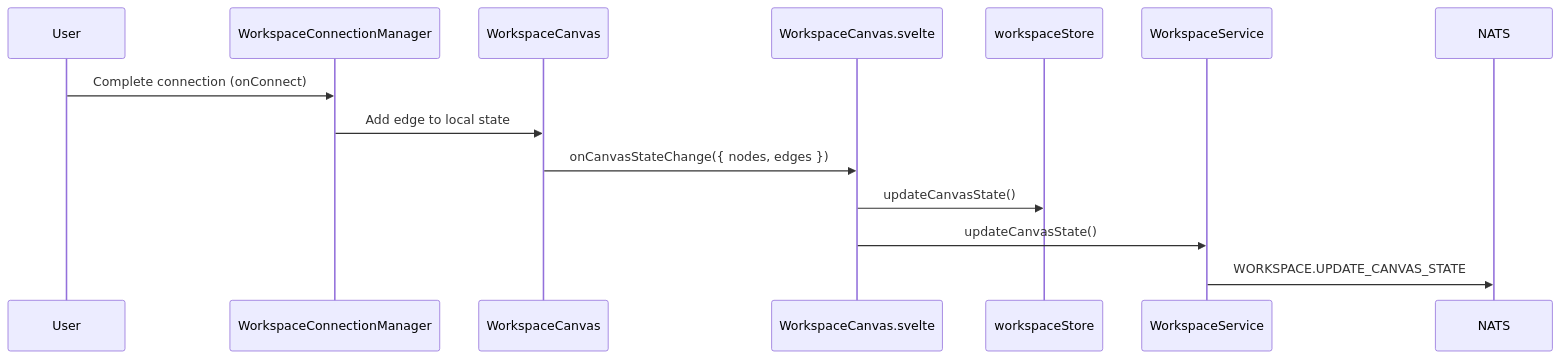
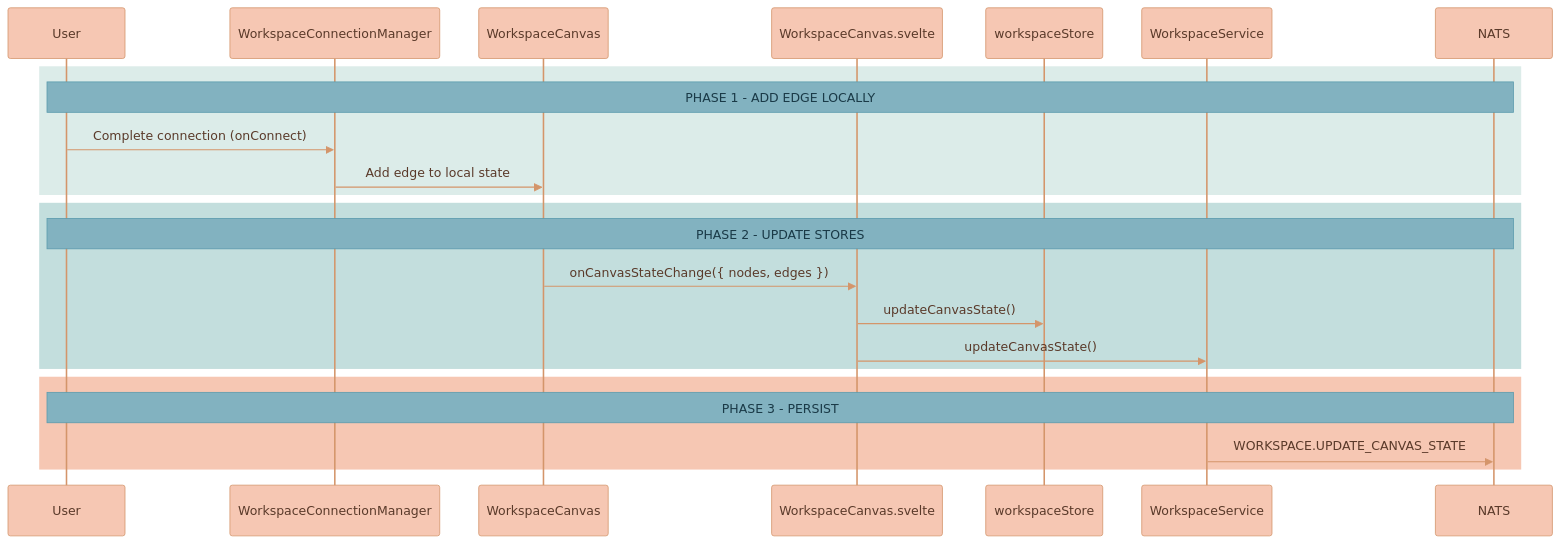
One commit to Lixpi/lixpi changed diagram 16 of 17 in documentation/features/WORKSPACE-FEATURE.md. Above: the diagram before and after it, drawn with Mermaid. The commit also changed other lines of this file and 27 other files, not shown here.

````diff
--- a/documentation/features/WORKSPACE-FEATURE.md
+++ b/documentation/features/WORKSPACE-FEATURE.md
@@ -724,17 +886,37 @@
 ```mermaid
+%%{init: {'theme': 'base', 'themeVariables': { 'noteBkgColor': '#82B2C0', 'noteTextColor': '#1a3a47', 'noteBorderColor': '#5a9aad', 'actorBkg': '#F6C7B3', 'actorBorder': '#d4956a', 'actorTextColor': '#5a3a2a', 'actorLineColor': '#d4956a', 'signalColor': '#d4956a', 'signalTextColor': '#5a3a2a', 'labelBoxBkgColor': '#F6C7B3', 'labelBoxBorderColor': '#d4956a', 'labelTextColor': '#5a3a2a', 'loopTextColor': '#5a3a2a', 'activationBorderColor': '#d4956a', 'activationBkgColor': '#C3DEDD', 'sequenceNumberColor': '#5a3a2a'}}}%%
 sequenceDiagram
     participant User
     participant WCM as WorkspaceConnectionManager
     participant WC as WorkspaceCanvas
     participant Svelte as WorkspaceCanvas.svelte
     participant Store as workspaceStore
     participant WSvc as WorkspaceService
     participant NATS
+    %% ═══════════════════════════════════════════════════════════════
+    %% PHASE 1: ADD EDGE LOCALLY
+    %% ═══════════════════════════════════════════════════════════════
+    rect rgb(220, 236, 233)
+        Note over User, NATS: PHASE 1 - ADD EDGE LOCALLY
+        User->>WCM: Complete connection (onConnect)
+        WCM->>WC: Add edge to local state
+    end
 
-    User->>WCM: Complete connection (onConnect)
-    WCM->>WC: Add edge to local state
-    WC->>Svelte: onCanvasStateChange({ nodes, edges })
-    Svelte->>Store: updateCanvasState()
-    Svelte->>WSvc: updateCanvasState()
-    WSvc->>NATS: WORKSPACE.UPDATE_CANVAS_STATE
+    %% ═══════════════════════════════════════════════════════════════
+    %% PHASE 2: UPDATE STORES
+    %% ═══════════════════════════════════════════════════════════════
+    rect rgb(195, 222, 221)
+        Note over User, NATS: PHASE 2 - UPDATE STORES
+        WC->>Svelte: onCanvasStateChange({ nodes, edges })
+        Svelte->>Store: updateCanvasState()
+        Svelte->>WSvc: updateCanvasState()
+    end
+
+    %% ═══════════════════════════════════════════════════════════════
+    %% PHASE 3: PERSIST
+    %% ═══════════════════════════════════════════════════════════════
+    rect rgb(246, 199, 179)
+        Note over User, NATS: PHASE 3 - PERSIST
+        WSvc->>NATS: WORKSPACE.UPDATE_CANVAS_STATE
+    end
 ```
````
